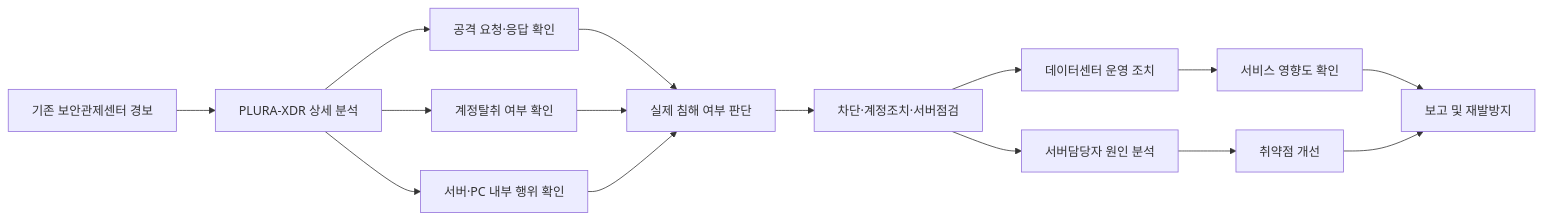
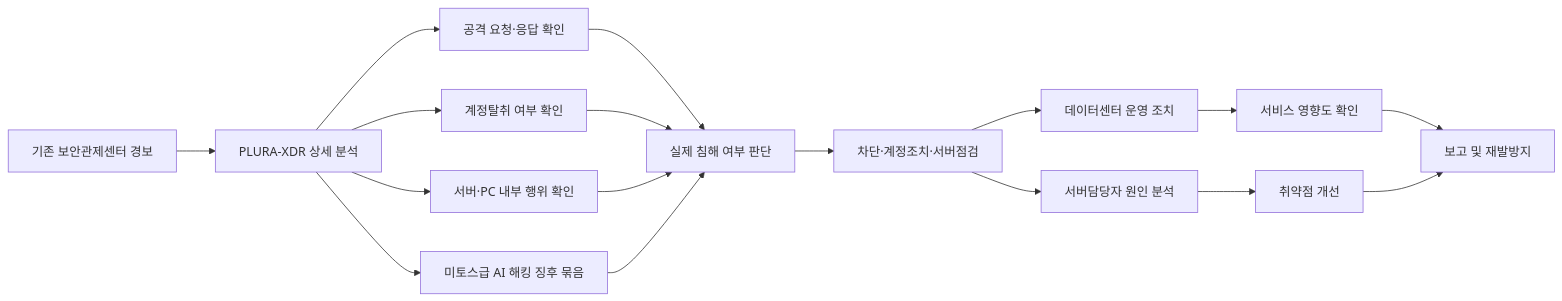
Before and after one commit to qubitsec/plura: the sixth of 7 diagrams in ko/proposal/local-government/full.md, drawn with Mermaid. The commit also changed other lines of this file, not shown here.

````diff
--- a/ko/proposal/local-government/full.md
+++ b/ko/proposal/local-government/full.md
@@ -420,17 +481,19 @@
 ```mermaid
 flowchart LR
     A[기존 보안관제센터 경보] --> B[PLURA-XDR 상세 분석]
     B --> C[공격 요청·응답 확인]
     B --> D[계정탈취 여부 확인]
     B --> E[서버·PC 내부 행위 확인]
+    B --> M[미토스급 AI 해킹 징후 묶음]
     C --> F[실제 침해 여부 판단]
     D --> F
     E --> F
+    M --> F
     F --> G[차단·계정조치·서버점검]
     G --> H[데이터센터 운영 조치]
     G --> I[서버담당자 원인 분석]
     H --> J[서비스 영향도 확인]
     I --> K[취약점 개선]
     J --> L[보고 및 재발방지]
     K --> L
 ```
````
